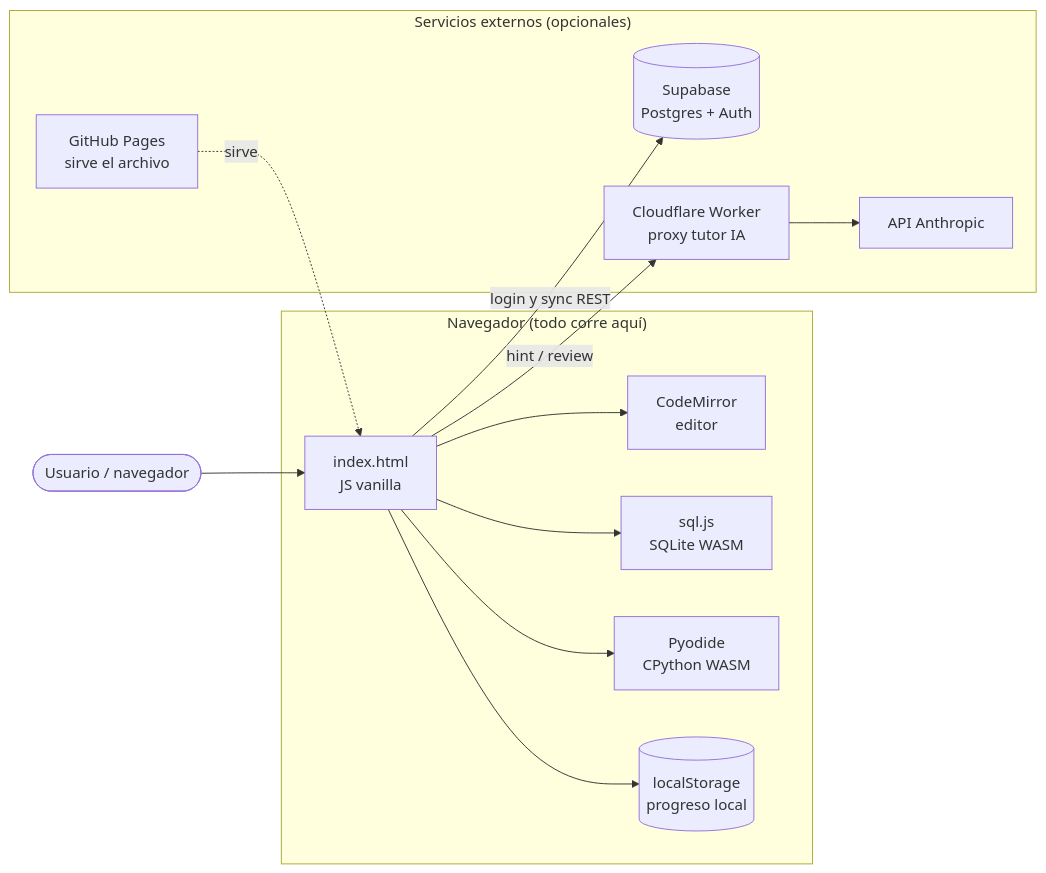
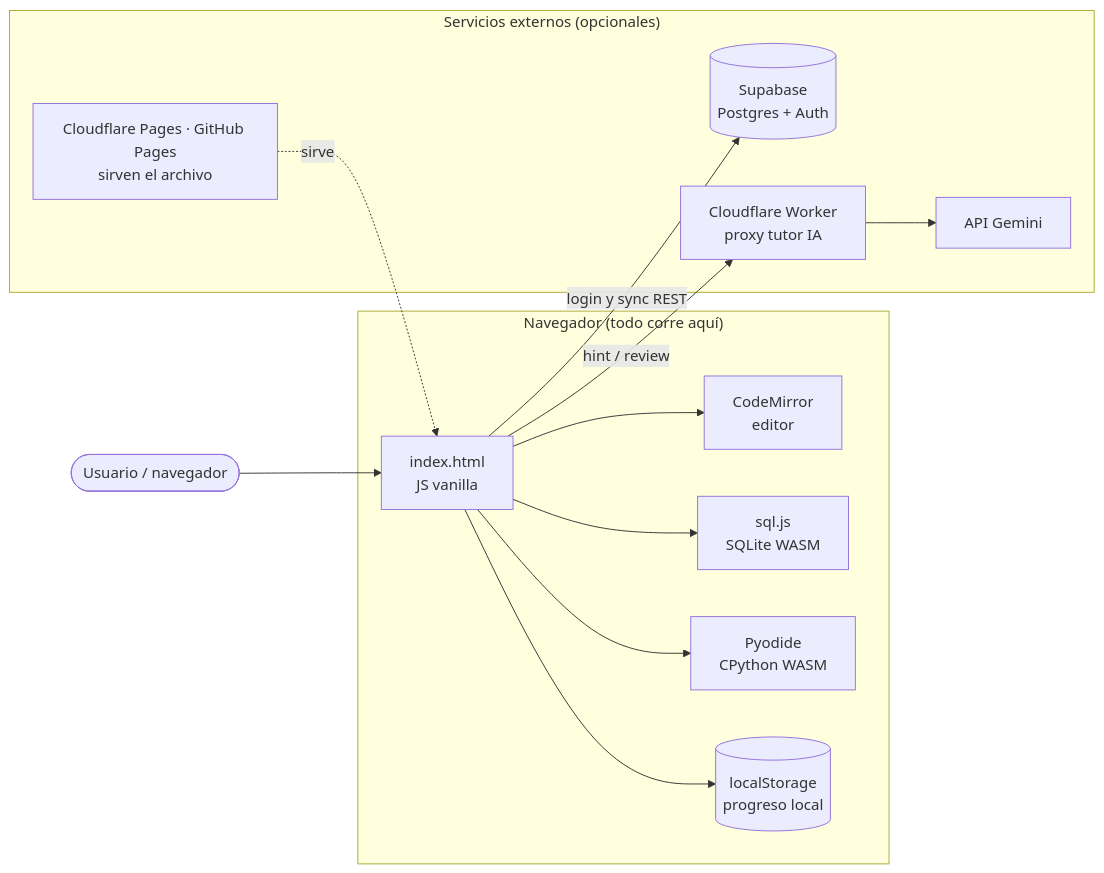
Before and after one commit to crabb-beltran/de-dojo: the third of 8 diagrams in docs/ARCHITECTURE.md, drawn with Mermaid. The commit also changed other lines of this file and 4 other files, not shown here.

First line of the commit message:
docs: document TRL5 increment (Google OAuth setup, telemetry SQL, Cloudflare Pages, Gemini tutor)

````diff
--- a/docs/ARCHITECTURE.md
+++ b/docs/ARCHITECTURE.md
@@ -147,28 +147,28 @@
 ```mermaid
 flowchart LR
   user([Usuario / navegador])
 
   subgraph client["Navegador (todo corre aquí)"]
     app["index.html<br/>JS vanilla"]
     cm["CodeMirror<br/>editor"]
     sqljs["sql.js<br/>SQLite WASM"]
     pyo["Pyodide<br/>CPython WASM"]
     ls[("localStorage<br/>progreso local")]
   end
 
   subgraph ext["Servicios externos (opcionales)"]
-    pages["GitHub Pages<br/>sirve el archivo"]
+    pages["Cloudflare Pages · GitHub Pages<br/>sirven el archivo"]
     sb[("Supabase<br/>Postgres + Auth")]
     cf["Cloudflare Worker<br/>proxy tutor IA"]
-    anth["API Anthropic"]
+    anth["API Gemini"]
   end
 
   user --> app
   pages -.sirve.-> app
   app --> cm
   app --> sqljs
   app --> pyo
   app --> ls
   app -->|login y sync REST| sb
   app -->|hint / review| cf --> anth
 ```
````
